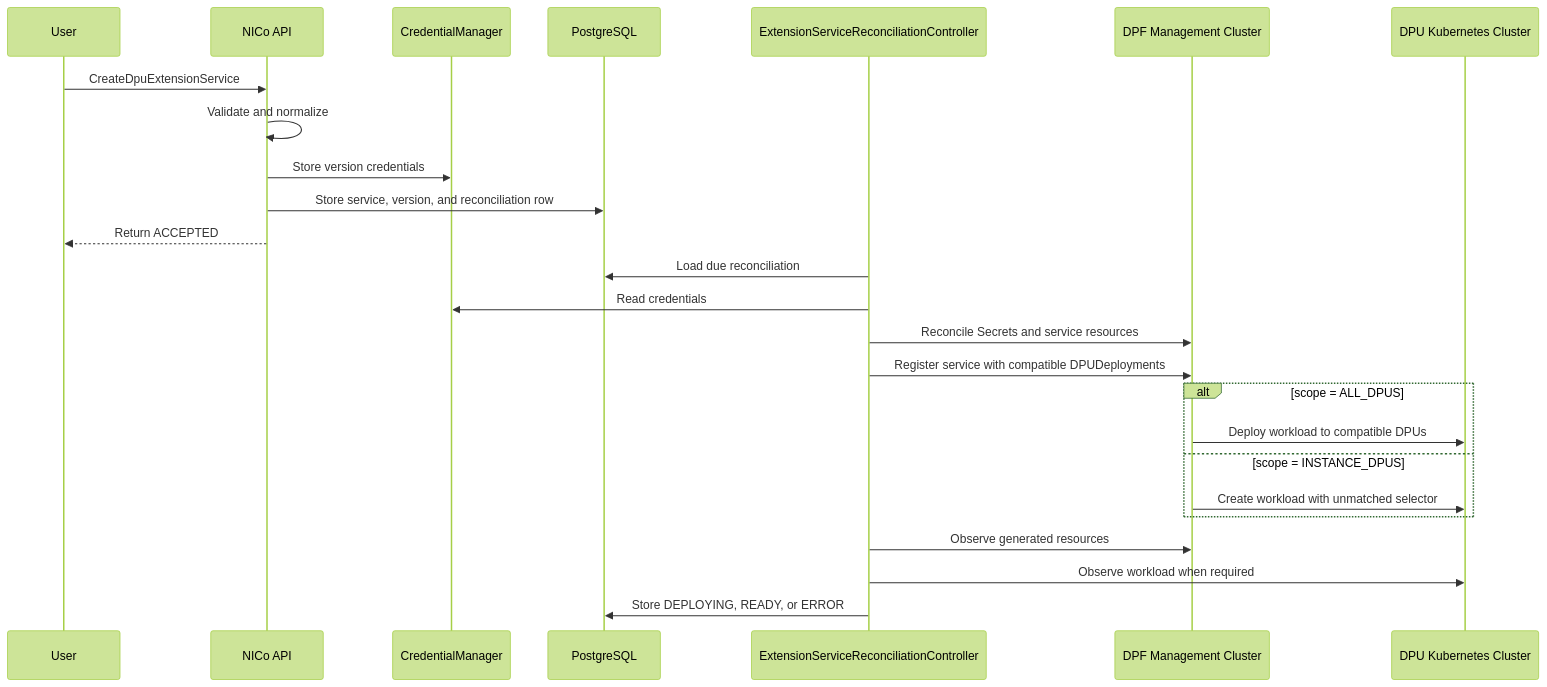
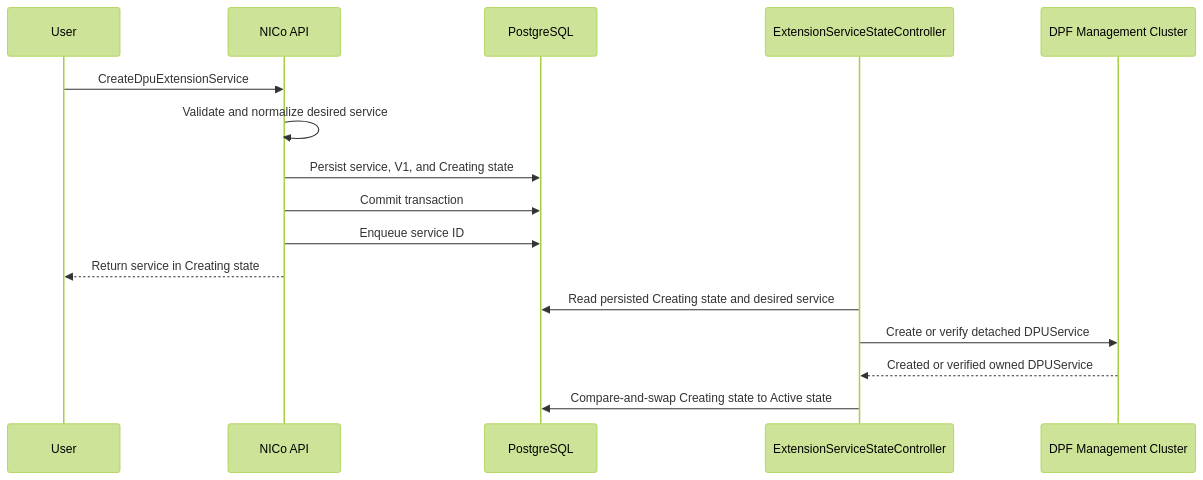
One commit to NVIDIA/infra-controller changed the diagram in docs/design/dpf-helm-chart-extension-services.md. Above: the diagram before and after it, drawn with Mermaid (forest theme). The commit also changed other lines of this file, not shown here.

````diff
--- a/docs/design/dpf-helm-chart-extension-services.md
+++ b/docs/design/dpf-helm-chart-extension-services.md
@@ -409,31 +244,19 @@
 ```mermaid
 sequenceDiagram
     participant User
     participant API as NICo API
-    participant Credentials as CredentialManager
     participant DB as PostgreSQL
-    participant Controller as ExtensionServiceReconciliationController
+    participant Controller as ExtensionServiceStateController
     participant DPF as DPF Management Cluster
-    participant K8s as DPU Kubernetes Cluster
 
     User->>API: CreateDpuExtensionService
-    API->>API: Validate and normalize
-    API->>Credentials: Store version credentials
-    API->>DB: Store service, version, and reconciliation row
-    API-->>User: Return ACCEPTED
-
-    Controller->>DB: Load due reconciliation
-    Controller->>Credentials: Read credentials
-    Controller->>DPF: Reconcile Secrets and service resources
-    Controller->>DPF: Register service with compatible DPUDeployments
-
-    alt scope = ALL_DPUS
-        DPF->>K8s: Deploy workload to compatible DPUs
-    else scope = INSTANCE_DPUS
-        DPF->>K8s: Create workload with unmatched selector
-    end
-
-    Controller->>DPF: Observe generated resources
-    Controller->>K8s: Observe workload when required
-    Controller->>DB: Store DEPLOYING, READY, or ERROR
+    API->>API: Validate and normalize desired service
+    API->>DB: Persist service, V1, and Creating state
+    API->>DB: Commit transaction
+    API->>DB: Enqueue service ID
+    API-->>User: Return service in Creating state
+    Controller->>DB: Read persisted Creating state and desired service
+    Controller->>DPF: Create or verify detached DPUService
+    DPF-->>Controller: Created or verified owned DPUService
+    Controller->>DB: Compare-and-swap Creating state to Active state
 ```
````
